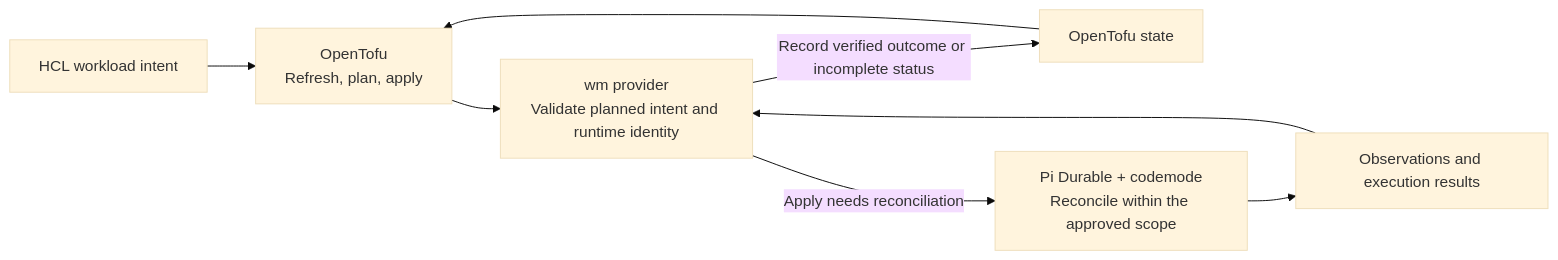
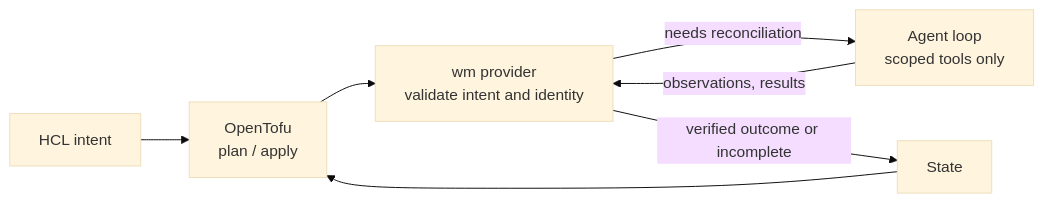
One commit to badarahmed/workload-manager changed the first of 2 diagrams in README.md. Above: the diagram before and after it, drawn with Mermaid (base theme). The commit also changed other lines of this file, not shown here.

First line of the commit message:
Tighten README around purpose, motivation and reconciliation design

````diff
--- a/README.md
+++ b/README.md
@@ -22,10 +43,9 @@
 ```mermaid
 flowchart LR
-  H["HCL workload intent"] --> T["OpenTofu<br/>Refresh, plan, apply"]
-  S["OpenTofu state"] --> T
-  T --> P["wm provider<br/>Validate planned intent and runtime identity"]
-  P -->|Apply needs reconciliation| A["Pi Durable + codemode<br/>Reconcile within the approved scope"]
-  A --> E["Observations and execution results"]
-  E --> P
-  P -->|Record verified outcome or incomplete status| S
+  H["HCL intent"] --> T["OpenTofu<br/>plan / apply"]
+  S["State"] --> T
+  T --> P["wm provider<br/>validate intent and identity"]
+  P -->|needs reconciliation| A["Agent loop<br/>scoped tools only"]
+  A -->|observations, results| P
+  P -->|verified outcome or incomplete| S
 ```
````
